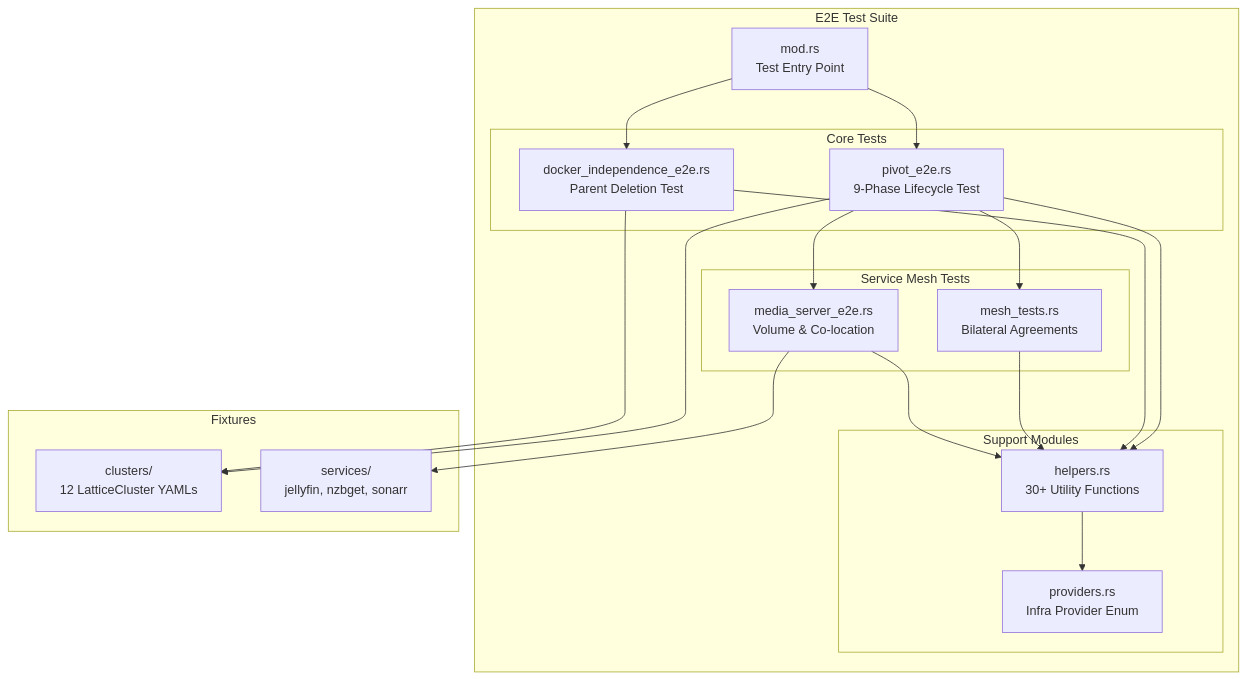
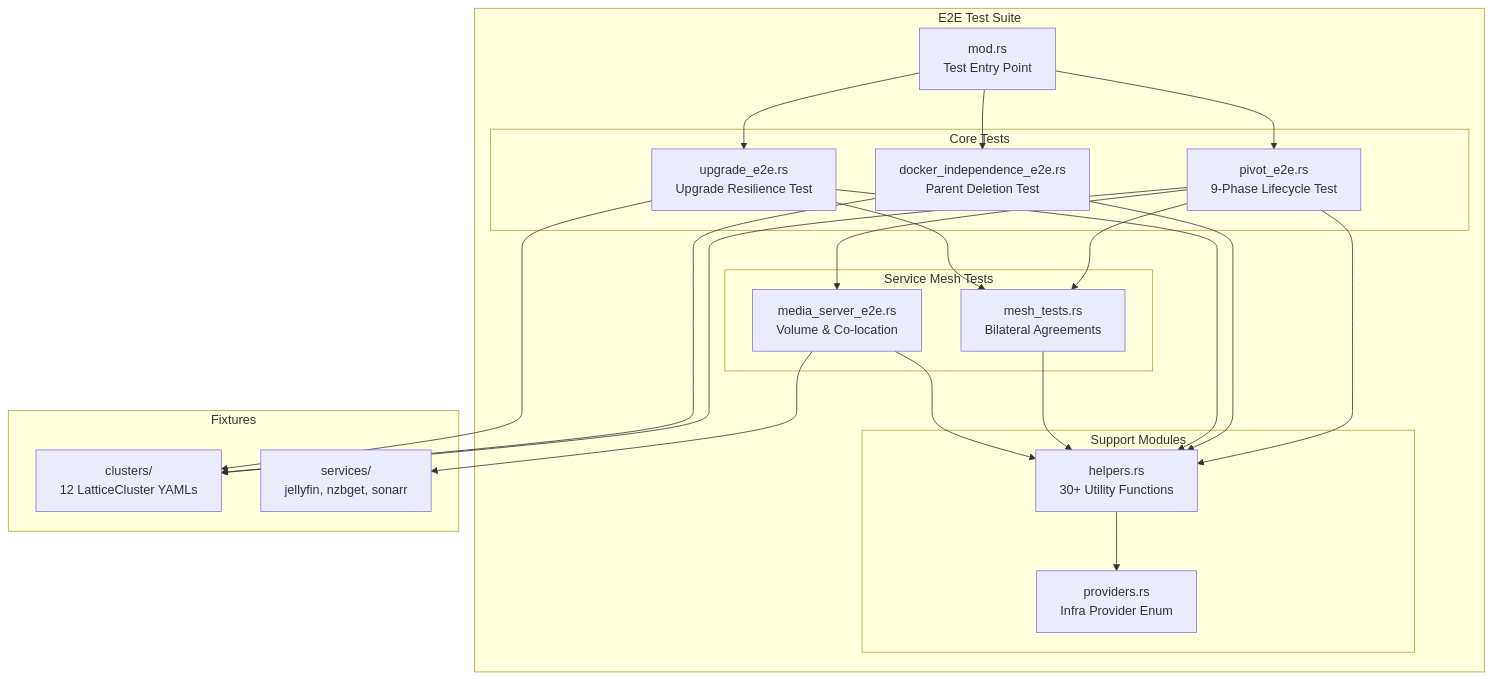
The first of 19 diagrams in docs/e2e-tests.md (evan-hines-js/lattice), drawn with Mermaid before and after one commit. The commit also changed other lines of this file and 6 other files, not shown here.

Commit message:
Fix Mermaid syntax in e2e-tests.md

````diff
--- a/docs/e2e-tests.md
+++ b/docs/e2e-tests.md
@@ -19,39 +19,44 @@
 ```mermaid
 graph TB
     subgraph "E2E Test Suite"
         MOD[mod.rs<br/>Test Entry Point]
 
         subgraph "Core Tests"
             PIVOT[pivot_e2e.rs<br/>9-Phase Lifecycle Test]
             INDEP[docker_independence_e2e.rs<br/>Parent Deletion Test]
+            UPGRADE[upgrade_e2e.rs<br/>Upgrade Resilience Test]
         end
 
         subgraph "Service Mesh Tests"
             MESH[mesh_tests.rs<br/>Bilateral Agreements]
             MEDIA[media_server_e2e.rs<br/>Volume & Co-location]
         end
 
         subgraph "Support Modules"
             HELP[helpers.rs<br/>30+ Utility Functions]
             PROV[providers.rs<br/>Infra Provider Enum]
         end
     end
 
     subgraph "Fixtures"
         CLUST[clusters/<br/>12 LatticeCluster YAMLs]
         SVC[services/<br/>jellyfin, nzbget, sonarr]
     end
 
     MOD --> PIVOT
     MOD --> INDEP
+    MOD --> UPGRADE
     PIVOT --> MESH
     PIVOT --> MEDIA
+    UPGRADE --> MESH
     PIVOT --> HELP
     INDEP --> HELP
+    UPGRADE --> HELP
     MESH --> HELP
     MEDIA --> HELP
     HELP --> PROV
     PIVOT --> CLUST
     INDEP --> CLUST
+    UPGRADE --> CLUST
     MEDIA --> SVC
 ```
````
